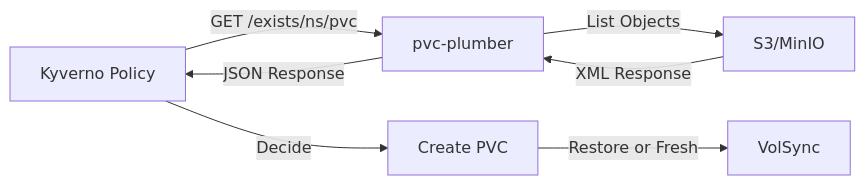
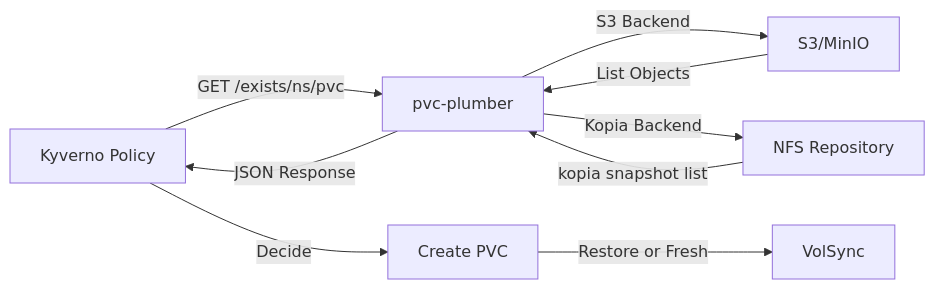
Before and after one commit to mitchross/pvc-plumber: the diagram in README.md, drawn with Mermaid. The commit also changed other lines of this file and 10 other files, not shown here.

First line of the commit message:
Add Kopia filesystem backend support

````diff
--- a/README.md
+++ b/README.md
@@ -14,9 +21,11 @@
 ```mermaid
 graph LR
     A[Kyverno Policy] -->|GET /exists/ns/pvc| B[pvc-plumber]
-    B -->|List Objects| C[S3/MinIO]
-    C -->|XML Response| B
+    B -->|S3 Backend| C[S3/MinIO]
+    B -->|Kopia Backend| D[NFS Repository]
+    C -->|List Objects| B
+    D -->|kopia snapshot list| B
     B -->|JSON Response| A
-    A -->|Decide| D[Create PVC]
-    D -->|Restore or Fresh| E[VolSync]
+    A -->|Decide| E[Create PVC]
+    E -->|Restore or Fresh| F[VolSync]
 ```
````
